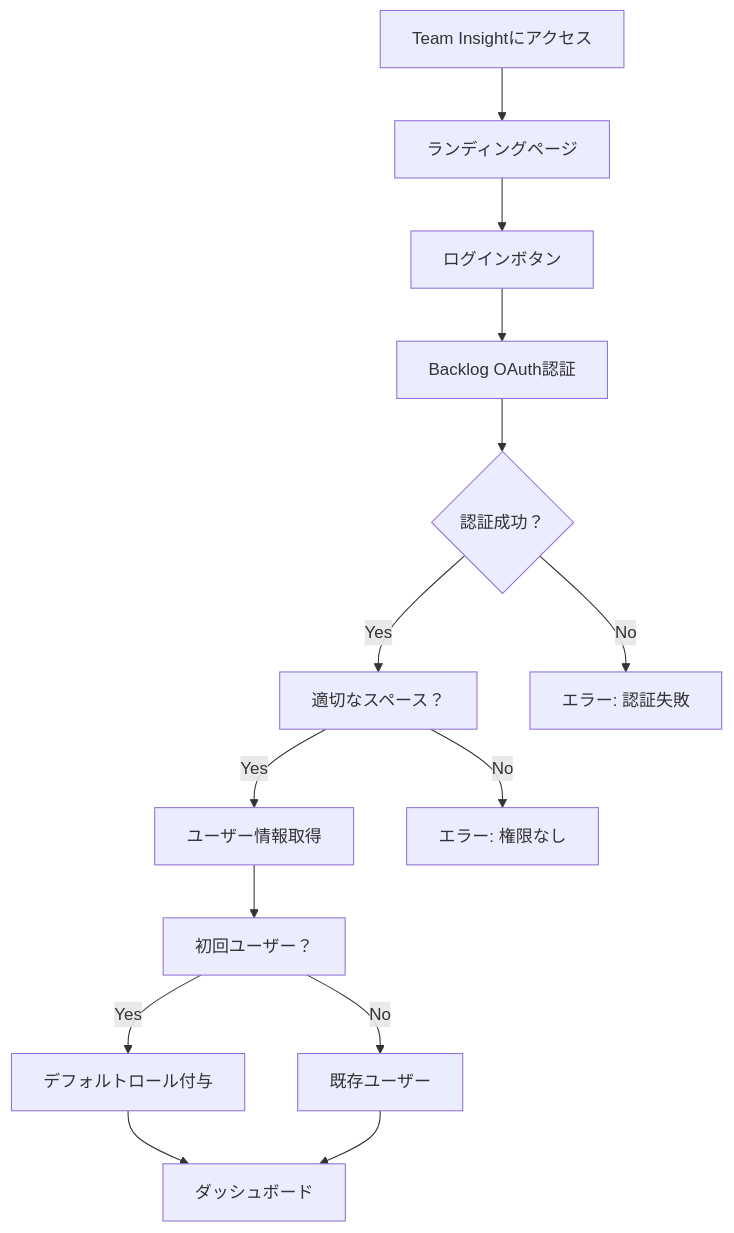
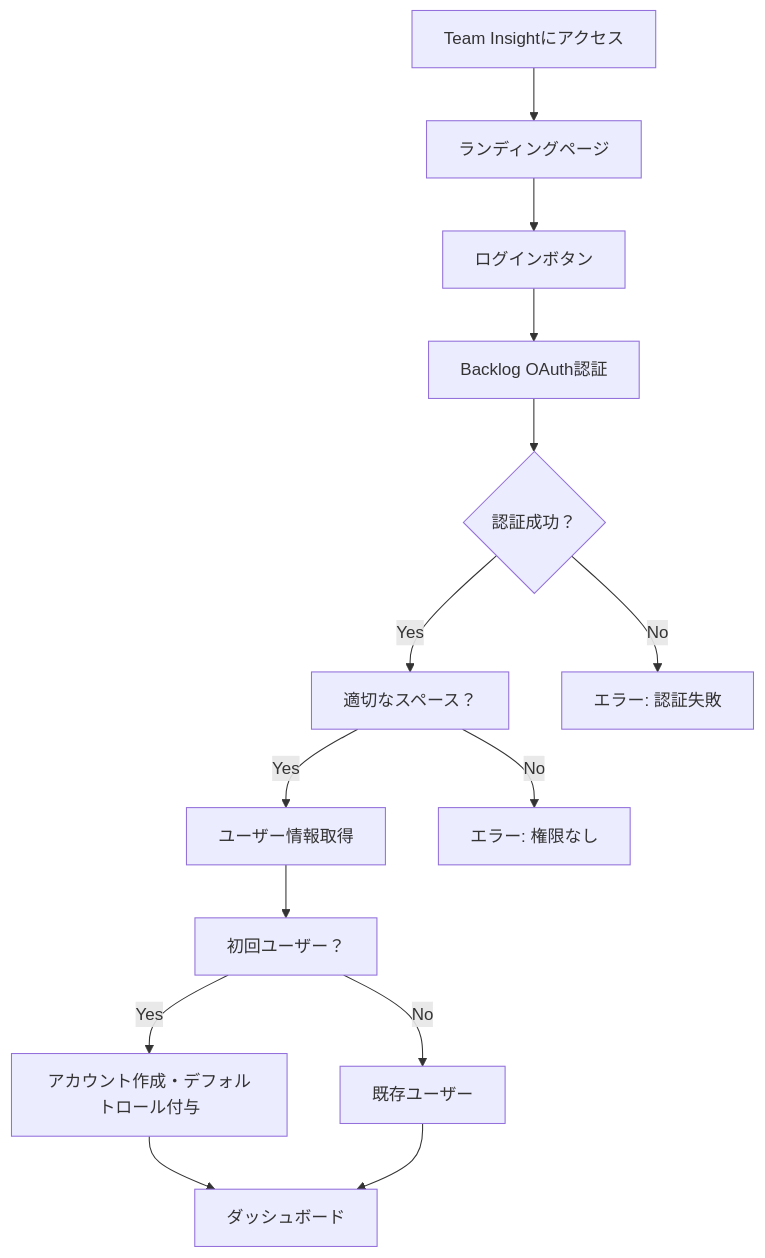
Before and after one commit to rasshii/team-insight: the sixth of 13 diagrams in Doc/mvp.md, drawn with Mermaid. The commit also changed other lines of this file and 1 other file, not shown here.

````diff
--- a/Doc/mvp.md
+++ b/Doc/mvp.md
@@ -422,16 +423,16 @@
 ```mermaid
 graph TD
     A[Team Insightにアクセス] --> B[ランディングページ]
     B --> C[ログインボタン]
     C --> D[Backlog OAuth認証]
     D --> E{認証成功？}
     E -->|Yes| F[適切なスペース？]
     F -->|Yes| G[ユーザー情報取得]
     G --> H[初回ユーザー？]
-    H -->|Yes| I[デフォルトロール付与]
+    H -->|Yes| I[アカウント作成・デフォルトロール付与]
     H -->|No| J[既存ユーザー]
     I --> K[ダッシュボード]
     J --> K
     F -->|No| L[エラー: 権限なし]
     E -->|No| M[エラー: 認証失敗]
 ```
````
